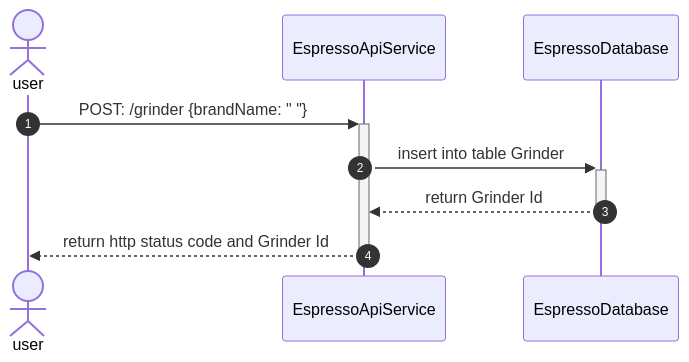
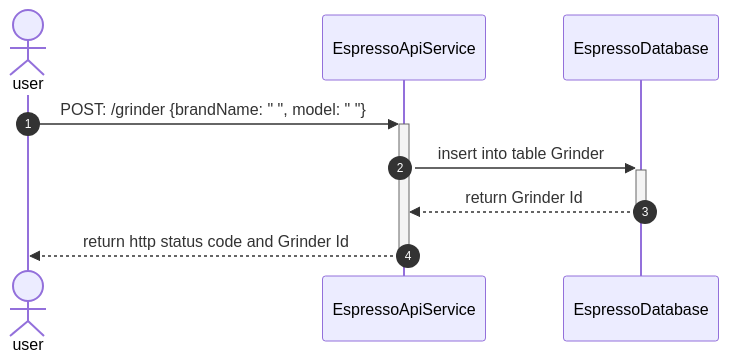
Before and after one commit to oliviabrz/espresso: the first of 4 diagrams in README-grinder.md, drawn with Mermaid. The commit also changed 18 other files, not shown here.

````diff
--- a/README-grinder.md
+++ b/README-grinder.md
@@ -3,13 +3,13 @@
 ```mermaid
 sequenceDiagram
 autonumber
 
     actor user
     participant api as EspressoApiService
     participant db as EspressoDatabase
     
-    user->>+api: POST: /grinder {brandName: " "}
+    user->>+api: POST: /grinder {brandName: " ", model: " "}
         api->>+db: insert into table Grinder
         db-->>-api: return Grinder Id
     api-->>-user: return http status code and Grinder Id
 ```
````
